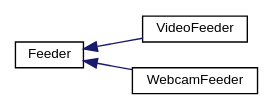
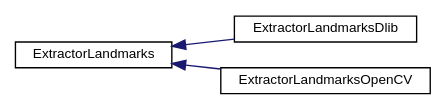
The diagram in inherit_graph_3.dot (agustinavila/ProyectoVision), drawn with Graphviz before and after one commit. The commit also changed 102 other files, not shown here.

```diff
--- a/inherit_graph_3.dot
+++ b/inherit_graph_3.dot
@@ -1,12 +1,12 @@
 digraph "Graphical Class Hierarchy"
 {
  // LATEX_PDF_SIZE
   edge [fontname="Helvetica",fontsize="10",labelfontname="Helvetica",labelfontsize="10"];
   node [fontname="Helvetica",fontsize="10",shape=record];
   rankdir="LR";
-  Node0 [label="Feeder",height=0.2,width=0.4,color="black", fillcolor="white", style="filled",URL="$class_feeder.html",tooltip="Clase abstracta para proveer obtener nuevos mats."];
+  Node0 [label="ExtractorLandmarks",height=0.2,width=0.4,color="black", fillcolor="white", style="filled",URL="$class_extractor_landmarks.html",tooltip="Clase abstracta para extraer landmarks de un Mat."];
   Node0 -> Node1 [dir="back",color="midnightblue",fontsize="10",style="solid",fontname="Helvetica"];
-  Node1 [label="VideoFeeder",height=0.2,width=0.4,color="black", fillcolor="white", style="filled",URL="$class_video_feeder.html",tooltip="Sobrecarga de la clase Feeder para abrir un archivo de video."];
+  Node1 [label="ExtractorLandmarksDlib",height=0.2,width=0.4,color="black", fillcolor="white", style="filled",URL="$class_extractor_landmarks_dlib.html",tooltip="Implementación concreta de la clase abstracta ExtractorLandmarks usando dlib."];
   Node0 -> Node2 [dir="back",color="midnightblue",fontsize="10",style="solid",fontname="Helvetica"];
-  Node2 [label="WebcamFeeder",height=0.2,width=0.4,color="black", fillcolor="white", style="filled",URL="$class_webcam_feeder.html",tooltip="Sobrecarga de la clase Feeder para abrir una webcam."];
+  Node2 [label="ExtractorLandmarksOpenCV",height=0.2,width=0.4,color="black", fillcolor="white", style="filled",URL="$class_extractor_landmarks_open_c_v.html",tooltip="Clase concreta derivada de ExtractorLandmarks para extraer landmarks utilizando openCV."];
 }
```
